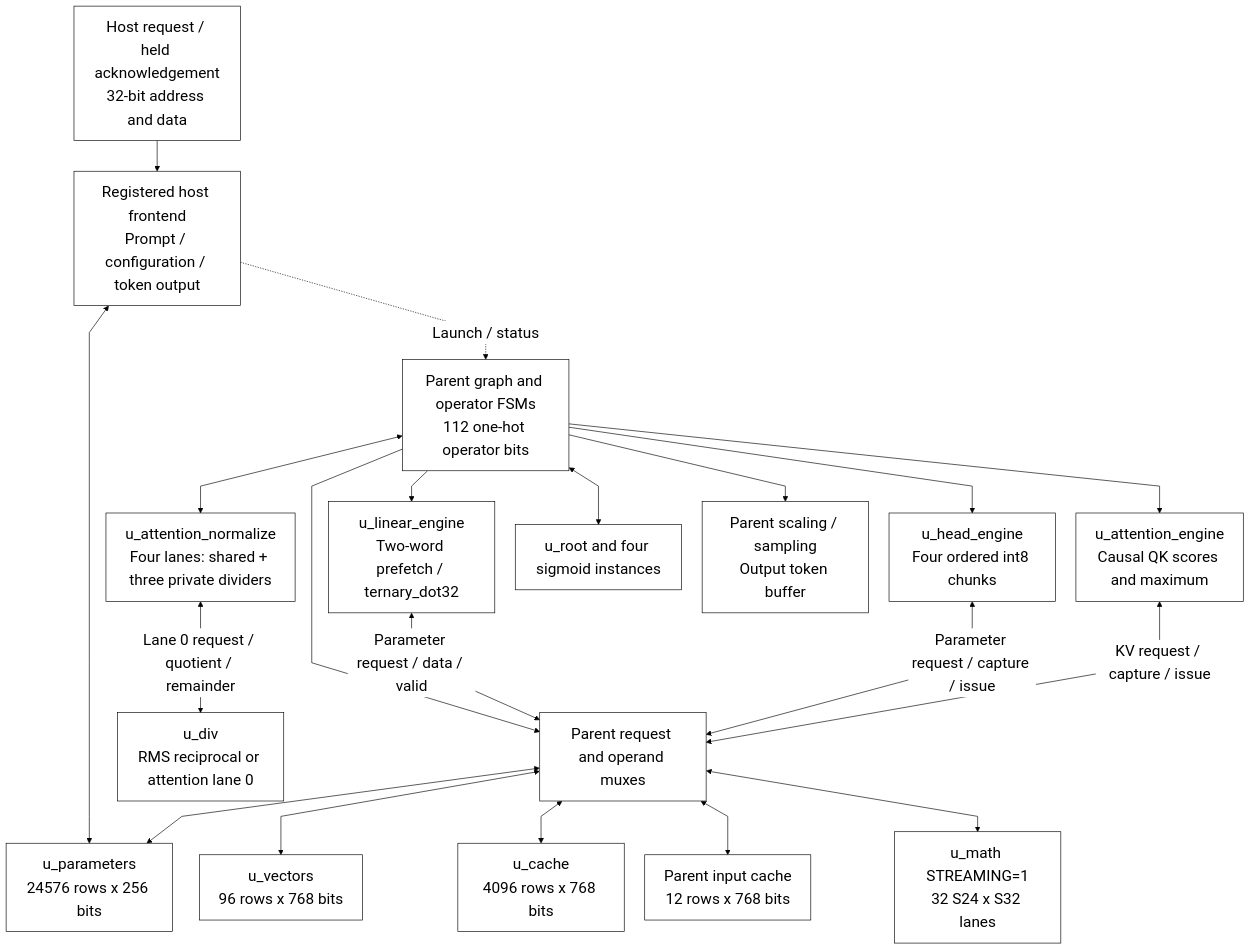
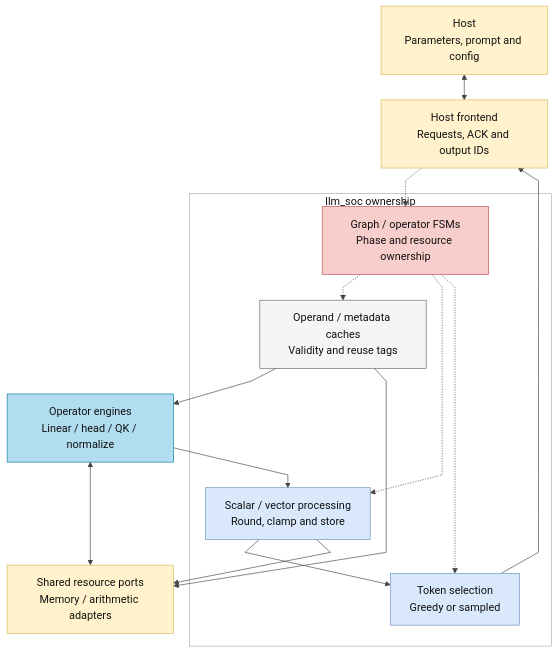
The first of 3 diagrams in docs/source_guide/blocks/llm_soc.sv.md (nguyennhutkhanhtom/NPU), drawn with Mermaid before and after one commit. The commit also changed other lines of this file and 60 other files, not shown here.

````diff
--- a/docs/source_guide/blocks/llm_soc.sv.md
+++ b/docs/source_guide/blocks/llm_soc.sv.md
@@ -19,25 +19,52 @@
 ```mermaid
-%%{init: {"theme":"base","fontFamily":"Arial, sans-serif","themeVariables":{"fontSize":"24px","primaryColor":"#ffffff","primaryTextColor":"#000000","primaryBorderColor":"#000000","secondaryColor":"#ffffff","tertiaryColor":"#ffffff","lineColor":"#000000","textColor":"#000000","mainBkg":"#ffffff","nodeBorder":"#000000","clusterBkg":"#ffffff","clusterBorder":"#000000","edgeLabelBackground":"#ffffff"},"flowchart":{"htmlLabels":true,"useMaxWidth":false,"nodeSpacing":32,"rankSpacing":48,"curve":"linear","subGraphTitleMargin":{"top":16,"bottom":30}}}}%%
+%%{init: {
+  "theme": "base",
+  "themeVariables": {
+    "background": "#ffffff",
+    "primaryTextColor": "#111111",
+    "secondaryTextColor": "#111111",
+    "tertiaryTextColor": "#111111",
+    "lineColor": "#444444",
+    "clusterBkg": "#ffffff",
+    "clusterBorder": "#aaaaaa",
+    "edgeLabelBackground": "#ffffff",
+    "fontSize": "17px"
+  },
+  "flowchart": {
+    "curve": "linear",
+    "nodeSpacing": 30,
+    "rankSpacing": 40,
+    "htmlLabels": true,
+    "useMaxWidth": true
+  }
+}}%%
 flowchart TB
- H["Host request / held acknowledgement<br/>32-bit address and data"] --> F["Registered host frontend<br/>Prompt / configuration / token output"]
- F <--> P["u_parameters<br/>24576 rows x 256 bits"]
- G["Parent graph and operator FSMs<br/>112 one-hot operator bits"] --> R["Parent request and operand muxes"]
- R <--> P
- R <--> V["u_vectors<br/>96 rows x 768 bits"]
- R <--> K["u_cache<br/>4096 rows x 768 bits"]
- G --> L["u_linear_engine<br/>Two-word prefetch / ternary_dot32"]
- G --> E["u_head_engine<br/>Four ordered int8 chunks"]
- G --> A["u_attention_engine<br/>Causal QK scores and maximum"]
- L <-->|"Parameter request / data / valid"| R
- E <-->|"Parameter request / capture / issue"| R
- A <-->|"KV request / capture / issue"| R
- R <--> C["Parent input cache<br/>12 rows x 768 bits"]
- R <--> M["u_math STREAMING=1<br/>32 S24 x S32 lanes"]
- G <--> N["u_attention_normalize<br/>Four lanes: shared + three private dividers"]
- N <-->|"Lane 0 request / quotient / remainder"| D["u_div<br/>RMS reciprocal or attention lane 0"]
- G <--> Q["u_root and four sigmoid instances"]
- G --> O["Parent scaling / sampling<br/>Output token buffer"]
- F -.->|"Launch / status"| G
-    classDef default fill:white,stroke:black,color:black,font-size:24px;
-    linkStyle default stroke:black,color:black;
+ H["Host<br/>Parameters, prompt and config"] <--> F["Host frontend<br/>Requests, ACK and output IDs"]
+ subgraph PARENT["llm_soc ownership"]
+  C["Graph / operator FSMs<br/>Phase and resource ownership"]
+  O["Operand / metadata caches<br/>Validity and reuse tags"]
+  S["Scalar / vector processing<br/>Round, clamp and store"]
+  T["Token selection<br/>Greedy or sampled"]
+ end
+ F -.-> C
+ C -.-> O & S & T
+ O --> E["Operator engines<br/>Linear / head / QK / normalize"]
+ E --> S
+ S --> T
+ T --> F
+ B["Shared resource ports<br/>Memory / arithmetic adapters"] <--> E
+ O --> B
+ S --> B
+classDef control fill:#f8cecc,stroke:#b85450,color:#111111;
+classDef interface fill:#fff2cc,stroke:#d6b656,color:#111111;
+classDef buffer fill:#f5f5f5,stroke:#666666,color:#111111;
+classDef compute fill:#b1ddf0,stroke:#10739e,color:#111111;
+classDef output fill:#dae8fc,stroke:#6c8ebf,color:#111111;
+classDef platform fill:#e1d5e7,stroke:#9673a6,color:#111111;
+style PARENT fill:#ffffff,stroke:#aaaaaa,color:#111111;
+class C control;
+class H,F,B interface;
+class O buffer;
+class E compute;
+class S,T output;
 ```
````
